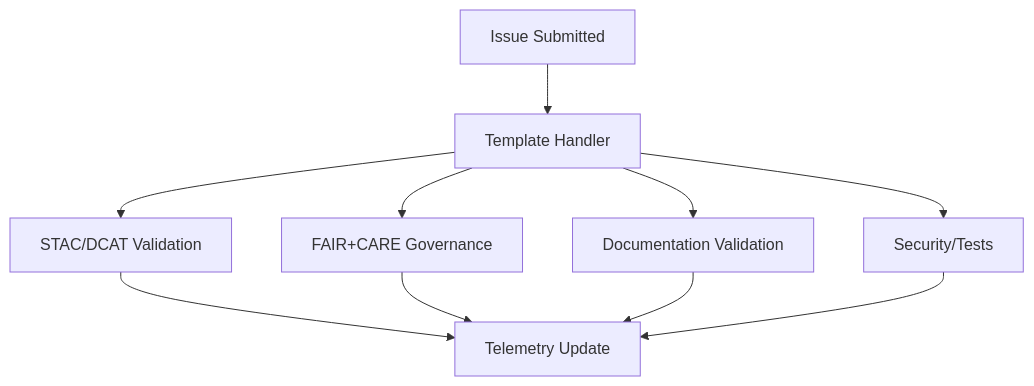
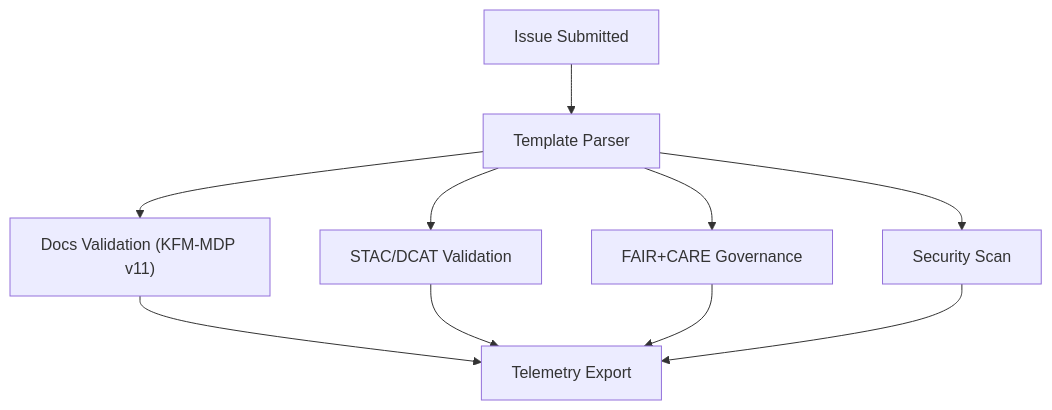
The diagram in .github/ISSUE_TEMPLATE/README.md (bartytime4life/Kansas-Frontier-Matrix), drawn with Mermaid before and after one commit. The commit also changed other lines of this file, not shown here.

````diff
--- a/.github/ISSUE_TEMPLATE/README.md
+++ b/.github/ISSUE_TEMPLATE/README.md
@@ -227,12 +245,12 @@
 ```mermaid
 flowchart TD
-  A["Issue Submitted"] --> B["Template Handler"]
-  B --> C["STAC/DCAT Validation"]
-  B --> D["FAIR+CARE Governance"]
-  B --> E["Documentation Validation"]
-  B --> F["Security/Tests"]
-  C --> G["Telemetry Update"]
+  A["Issue Submitted"] --> B["Template Parser"]
+  B --> C["Docs Validation (KFM-MDP v11)"]
+  B --> D["STAC/DCAT Validation"]
+  B --> E["FAIR+CARE Governance"]
+  B --> F["Security Scan"]
+  C --> G["Telemetry Export"]
   D --> G
   E --> G
   F --> G
 ```
````
